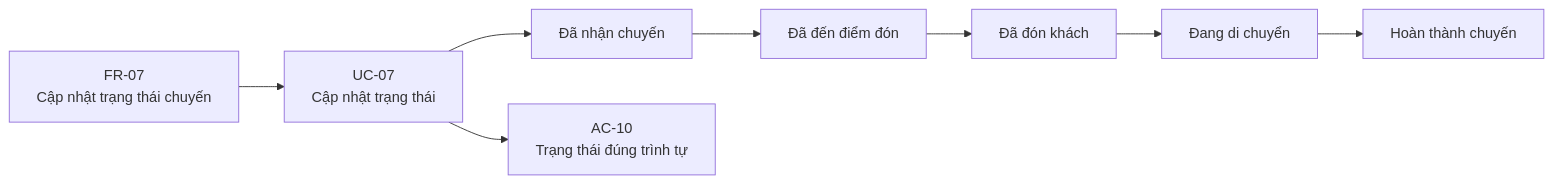
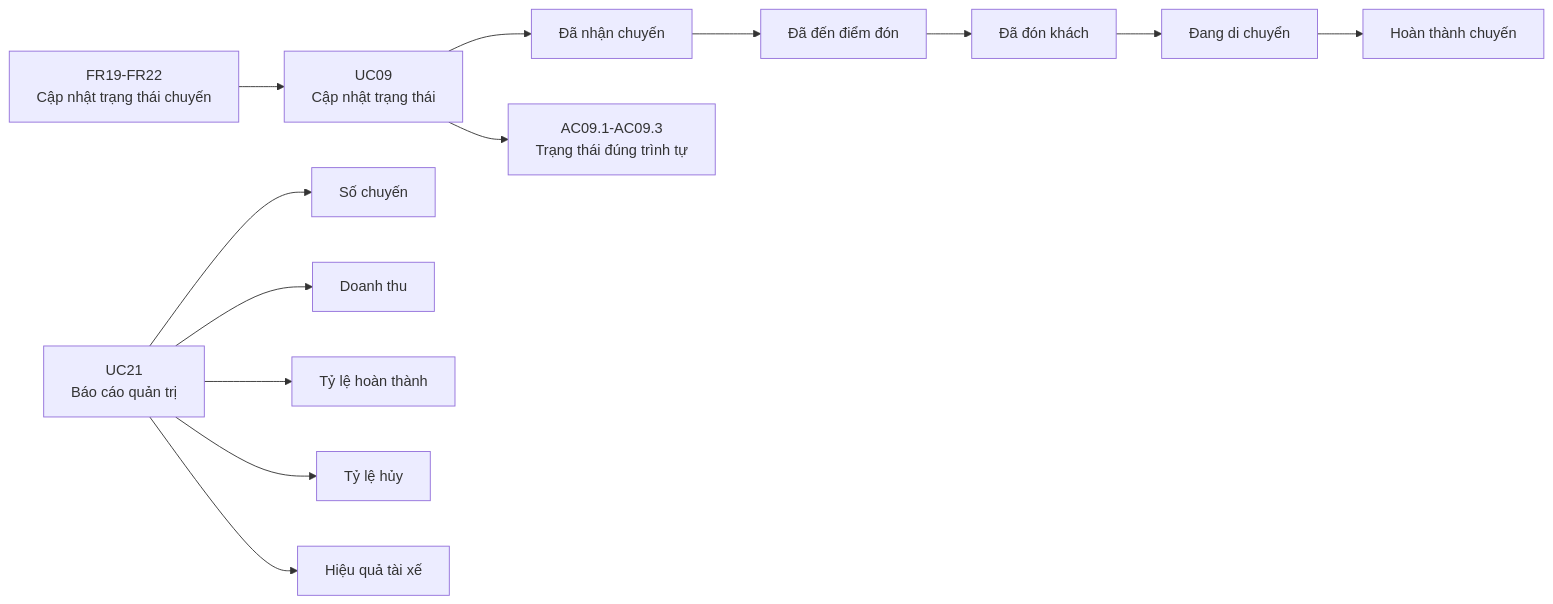
One commit to vthaix/23674231_TranVanThai_Cabsystem changed the fourth of 4 diagrams in srs.md. Above: the diagram before and after it, drawn with Mermaid. The commit also changed other lines of this file, not shown here.

````diff
--- a/srs.md
+++ b/srs.md
@@ -1090,15 +2247,28 @@
-``` mermaid
+```mermaid
 flowchart LR
-    A["FR-07<br/>Cập nhật trạng thái chuyến"]
-    B["UC-07<br/>Cập nhật trạng thái"]
+    A["FR19-FR22<br/>Cập nhật trạng thái chuyến"]
+    B["UC09<br/>Cập nhật trạng thái"]
     C["Đã nhận chuyến"]
     D["Đã đến điểm đón"]
     E["Đã đón khách"]
     F["Đang di chuyển"]
     G["Hoàn thành chuyến"]
-    H["AC-10<br/>Trạng thái đúng trình tự"]
+    H["AC09.1-AC09.3<br/>Trạng thái đúng trình tự"]
 
     A --> B
     B --> C --> D --> E --> F --> G
     B --> H
+
+    I["UC21<br/>Báo cáo quản trị"]
+    J["Số chuyến"]
+    K["Doanh thu"]
+    L["Tỷ lệ hoàn thành"]
+    M["Tỷ lệ hủy"]
+    N["Hiệu quả tài xế"]
+
+    I --> J
+    I --> K
+    I --> L
+    I --> M
+    I --> N
 ```
````
